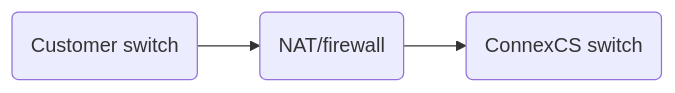
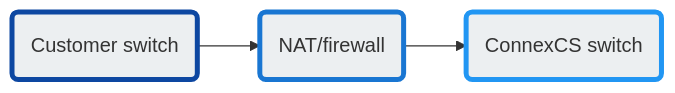
The diagram in docs/customer/auth.md (connexcs/docs), drawn with Mermaid before and after one commit.

Commit message:
Update auth.md
adding flow style

````diff
--- a/docs/customer/auth.md
+++ b/docs/customer/auth.md
@@ -157,5 +157,8 @@
 ```mermaid
 graph LR
 A(Customer switch) --> B(NAT/firewall)
 B --> C(ConnexCS switch)
+style A fill:#ECEFF1,stroke:#0D47A1,stroke-width:4px
+style B fill:#ECEFF1,stroke:#1976D2,stroke-width:4px
+style C fill:#ECEFF1,stroke:#2196F3,stroke-width:4px
 ```
````
